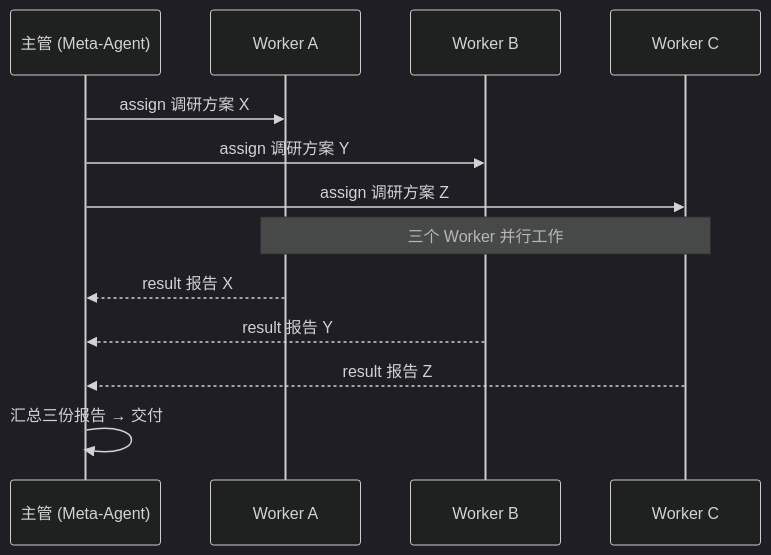
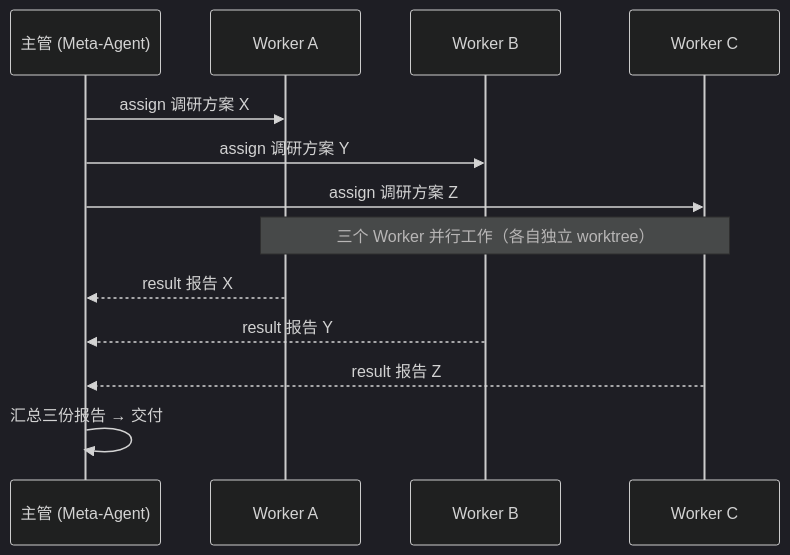
The diagram in README.md (AblazeGHR/pan), drawn with Mermaid (dark theme) before and after one commit. The commit also changed other lines of this file, not shown here.

````diff
--- a/README.md
+++ b/README.md
@@ -86,15 +164,15 @@
 ```mermaid
 sequenceDiagram
     participant Meta as 主管 (Meta-Agent)
     participant A as Worker A
     participant B as Worker B
     participant C as Worker C
     Meta->>A: assign 调研方案 X
     Meta->>B: assign 调研方案 Y
     Meta->>C: assign 调研方案 Z
-    Note over A,C: 三个 Worker 并行工作
+    Note over A,C: 三个 Worker 并行工作（各自独立 worktree）
     A-->>Meta: result 报告 X
     B-->>Meta: result 报告 Y
     C-->>Meta: result 报告 Z
     Meta->>Meta: 汇总三份报告 → 交付
 ```
````
